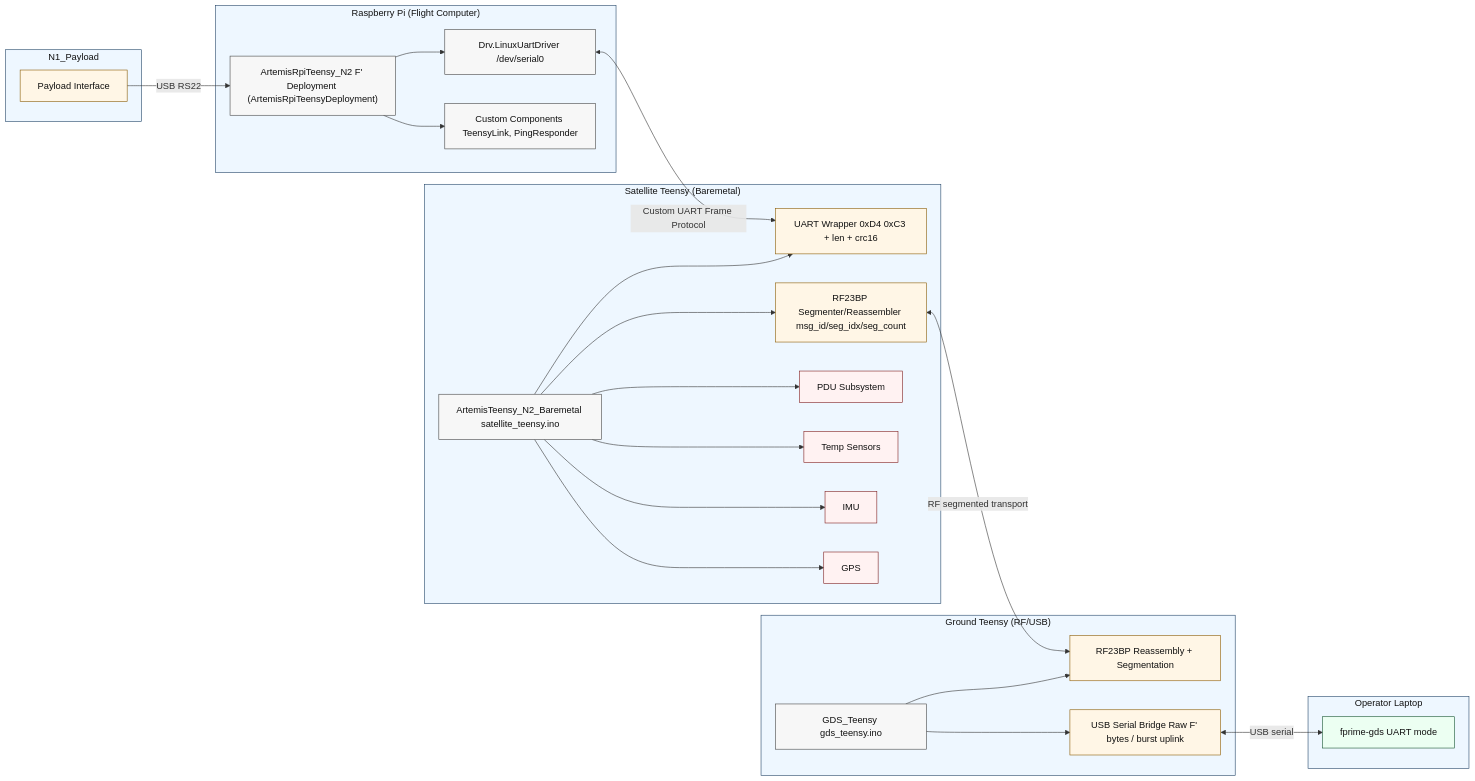
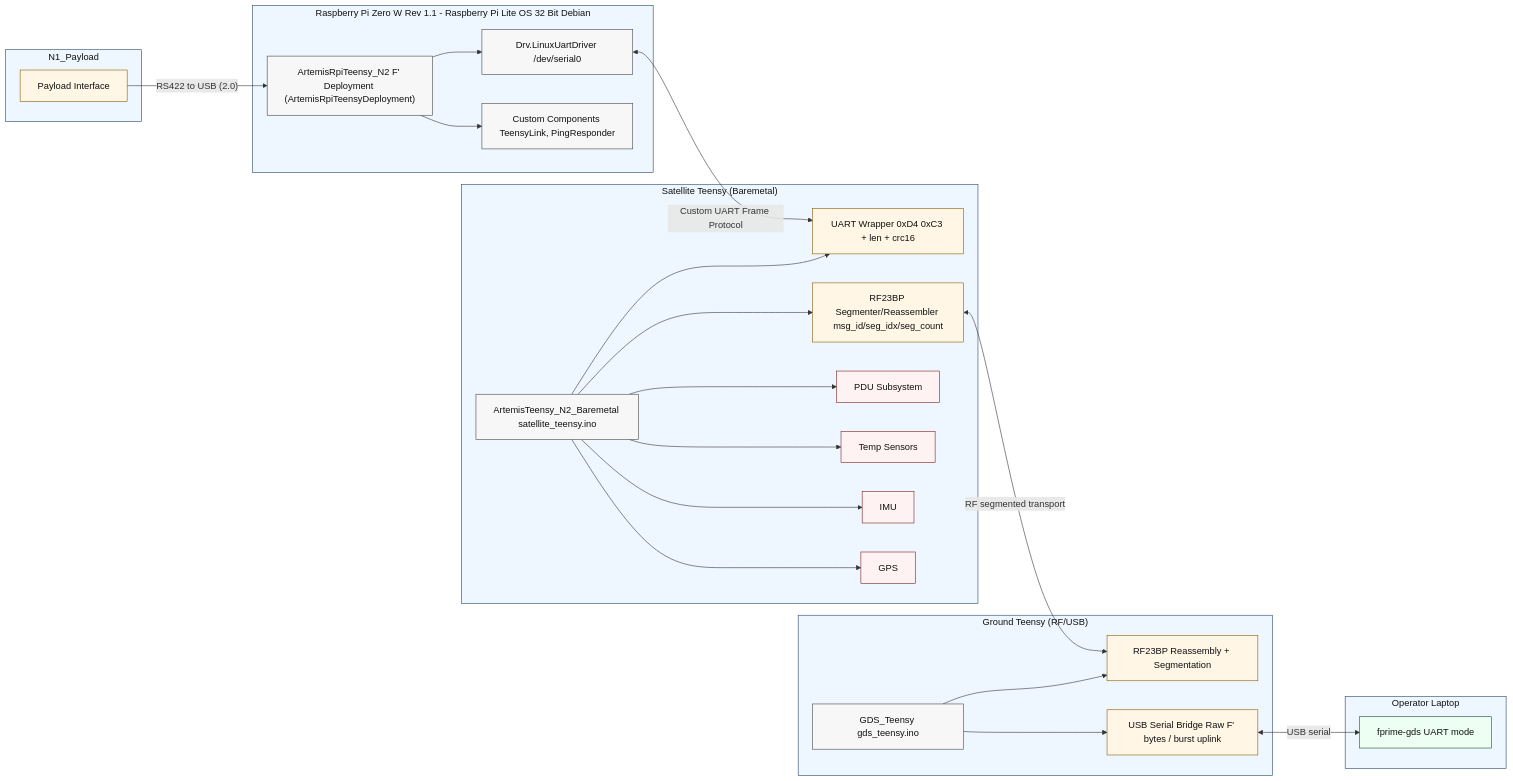
Before and after one commit to hsfl/fprime-artemis-cubesat: the diagram in docs/flowchart LR.mmd, drawn with Mermaid. The commit also changed 11 other files, not shown here.

Commit message:
focus on demo - making smoketest radio teensy programs and mentoring new swe members with ping pong test

```diff
--- a/docs/flowchart LR.mmd
+++ b/docs/flowchart LR.mmd
@@ -1,57 +1,59 @@
 flowchart LR
   classDef host fill:#eef7ff,stroke:#246,stroke-width:1px,color:#111;
   classDef fw fill:#f7f7f7,stroke:#444,stroke-width:1px,color:#111;
   classDef link fill:#fff6e6,stroke:#8a5a00,stroke-width:1px,color:#111;
   classDef tool fill:#ecfff2,stroke:#14532d,stroke-width:1px,color:#111;
   classDef subsystem fill:#fff2f2,stroke:#7f1d1d,stroke-width:1px,color:#111;
 
-  subgraph RPI["Raspberry Pi (Flight Computer)"]
+  subgraph RPI["Raspberry Pi Zero W Rev 1.1 - Raspberry Pi Lite OS 32 Bit Debian"]
+    %%need to research difference between freertos and ubuntu OS - one for demo and one for flight system architecture%%
+    %% put out into components: EPS, COMMS, THERMAL, GPS, Teensy, Payload, ADCS,  Mission%%
     FSW["ArtemisRpiTeensy_N2 F' Deployment (ArtemisRpiTeensyDeployment)"]:::fw
     LINUXUART["Drv.LinuxUartDriver /dev/serial0"]:::fw
     APP["Custom Components TeensyLink, PingResponder"]:::fw
     FSW --> APP
     FSW --> LINUXUART
   end
   class RPI host;
 
   subgraph SAT["Satellite Teensy (Baremetal)"]
     SATFW["ArtemisTeensy_N2_Baremetal satellite_teensy.ino"]:::fw
     SATUART["UART Wrapper 0xD4 0xC3 + len + crc16"]:::link
     SATRF["RF23BP Segmenter/Reassembler msg_id/seg_idx/seg_count"]:::link
     PDU["PDU Subsystem"]:::subsystem
     TEMP["Temp Sensors"]:::subsystem
     IMU["IMU"]:::subsystem
     GPS["GPS"]:::subsystem
     SATFW --> SATUART
     SATFW --> SATRF
     SATFW --> PDU
     SATFW --> TEMP
     SATFW --> IMU
     SATFW --> GPS
   end
   class SAT host;
 
   subgraph GRD["Ground Teensy (RF/USB)"]
     GRDFW["GDS_Teensy gds_teensy.ino"]:::fw
     GRDRF["RF23BP Reassembly + Segmentation"]:::link
     GRDUSB["USB Serial Bridge Raw F' bytes / burst uplink"]:::link
     GRDFW --> GRDRF
     GRDFW --> GRDUSB
   end
   class GRD host;
 
   subgraph OPS["Operator Laptop"]
     GDS["fprime-gds UART mode"]:::tool
   end
   class OPS host;
 
   subgraph N1_PAYLOAD["N1_Payload"]
     N1USB["Payload Interface"]:::link
   end
   class N1_PAYLOAD host;
 
-  N1USB -->|"USB RS22"| FSW
+  N1USB -->|"RS422 to USB (2.0)"| FSW
 
   LINUXUART <-->|"Custom UART Frame Protocol"| SATUART
   SATRF <-->|"RF segmented transport"| GRDRF
   GRDUSB <-->|"USB serial"| GDS
```
